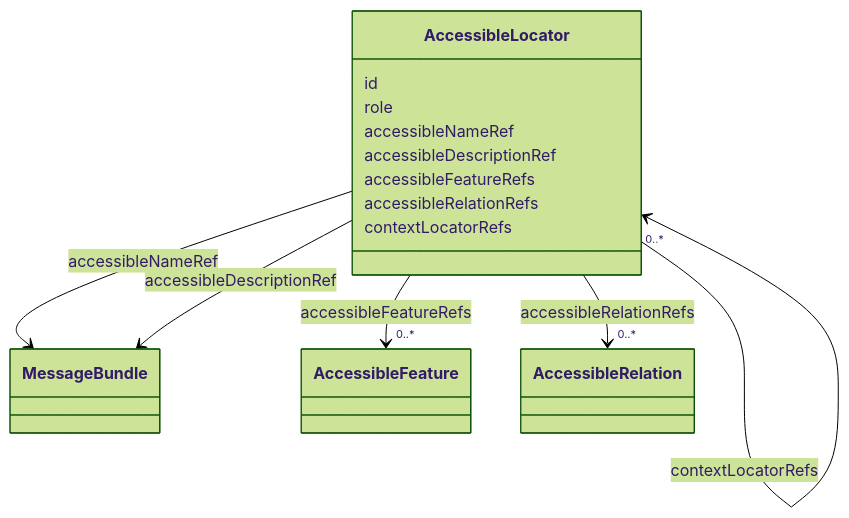
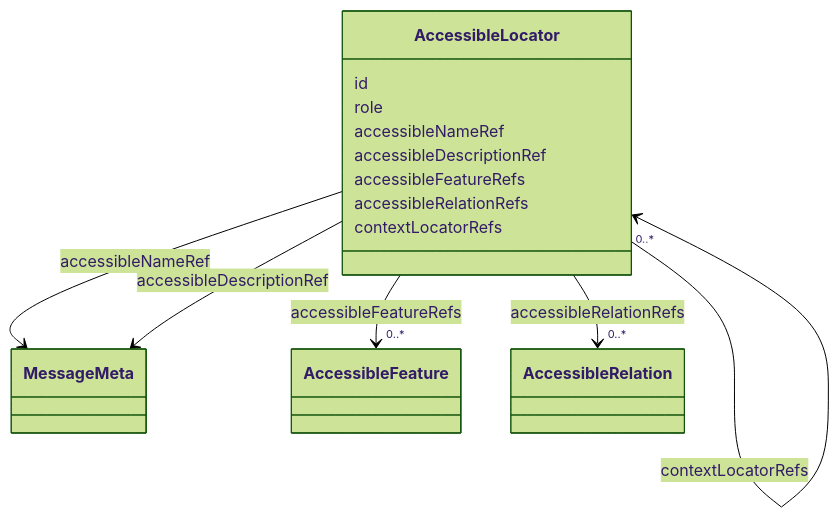
The sixth of 9 diagrams in specs/ed/modules/observability/index.md (openuji/spec-ujg), drawn with Mermaid (forest theme) before and after one commit. The commit also changed other lines of this file and 53 other files, not shown here.

````diff
--- a/specs/ed/modules/observability/index.md
+++ b/specs/ed/modules/observability/index.md
@@ -209,20 +209,20 @@
 ```mermaid
 classDiagram
-  class MessageBundle
+  class MessageMeta
   class AccessibleFeature
   class AccessibleRelation
   class AccessibleLocator {
     id
     role
     accessibleNameRef
     accessibleDescriptionRef
     accessibleFeatureRefs
     accessibleRelationRefs
     contextLocatorRefs
   }
-  AccessibleLocator --> MessageBundle : accessibleNameRef
-  AccessibleLocator --> MessageBundle : accessibleDescriptionRef
+  AccessibleLocator --> MessageMeta : accessibleNameRef
+  AccessibleLocator --> MessageMeta : accessibleDescriptionRef
   AccessibleLocator --> "0..*" AccessibleFeature : accessibleFeatureRefs
   AccessibleLocator --> "0..*" AccessibleRelation : accessibleRelationRefs
   AccessibleLocator --> "0..*" AccessibleLocator : contextLocatorRefs
 ```
````
